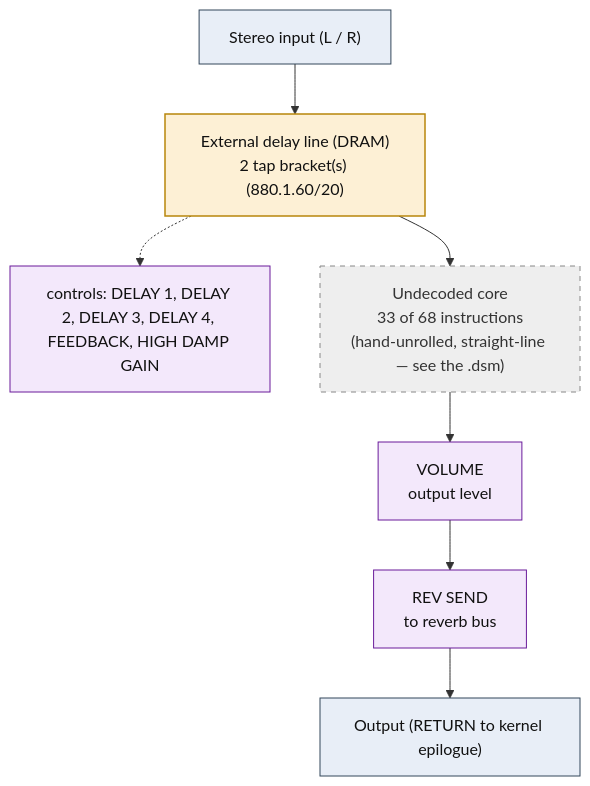
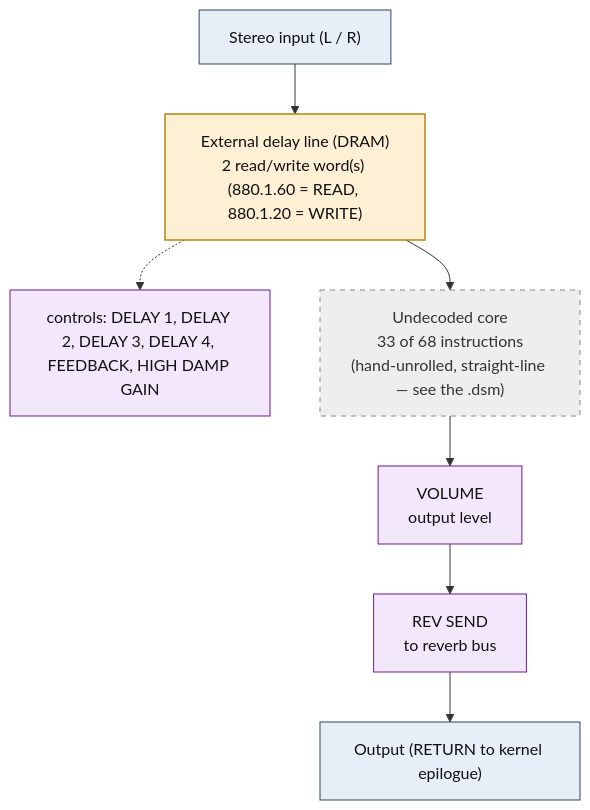
One commit to ArqueologiaDigital/kn5000-roms-disasm changed the diagram in dsp/flowcharts/prog10_multi_tap_delay.md. Above: the diagram before and after it, drawn with Mermaid. The commit also changed other lines of this file and 86 other files, not shown here.

````diff
--- a/dsp/flowcharts/prog10_multi_tap_delay.md
+++ b/dsp/flowcharts/prog10_multi_tap_delay.md
@@ -12,27 +12,27 @@
 ```mermaid
 flowchart TD
     N0["Stereo input (L / R)"]
-    N1["External delay line (DRAM)<br/>2 tap bracket(s) (880.1.60/20)"]
+    N1["External delay line (DRAM)<br/>2 read/write word(s) (880.1.60 = READ, 880.1.20 = WRITE)"]
     N0 --> N1
     N2["controls: DELAY 1, DELAY 2, DELAY 3, DELAY 4, FEEDBACK, HIGH DAMP GAIN"]
     N1 -.-> N2
     N3["Undecoded core<br/>33 of 68 instructions<br/>(hand-unrolled, straight-line &mdash; see the .dsm)"]
     N1 --> N3
     N4["VOLUME<br/>output level"]
     N3 --> N4
     N5["REV SEND<br/>to reverb bus"]
     N4 --> N5
     N6["Output (RETURN to kernel epilogue)"]
     N5 --> N6
 
     classDef io fill:#e8eef7,stroke:#33475b,stroke-width:1px,color:#111;
     classDef proven fill:#d7f0d7,stroke:#2e7d32,stroke-width:2px,color:#111;
     classDef measured fill:#dbe9fb,stroke:#1565c0,stroke-width:1.5px,color:#111;
     classDef inferred fill:#fdf0d5,stroke:#b8860b,stroke-width:1.5px,color:#111;
     classDef open fill:#eeeeee,stroke:#888,stroke-width:1px,color:#333,stroke-dasharray:5 5;
     classDef ctrl fill:#f3e8fb,stroke:#6a1b9a,stroke-width:1px,color:#111;
     class N0,N6 io;
     class N1 inferred;
     class N2,N4,N5 ctrl;
     class N3 open;
 ```
````
